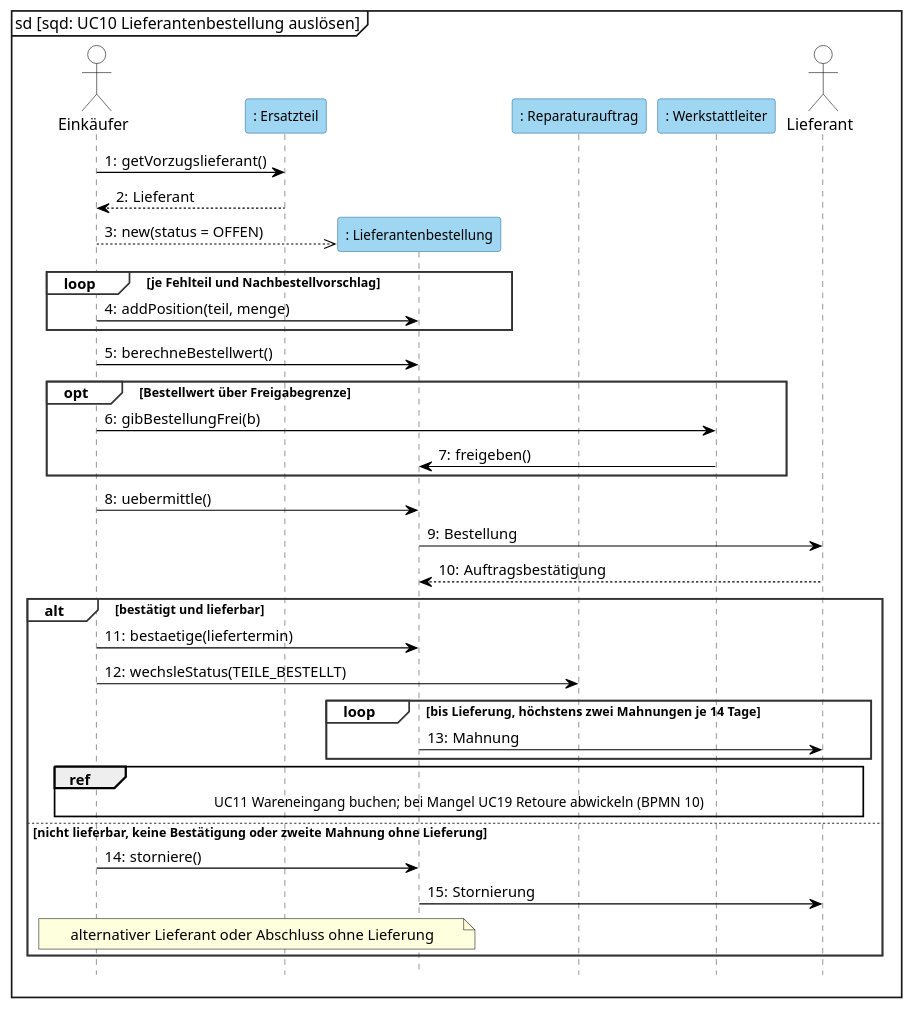
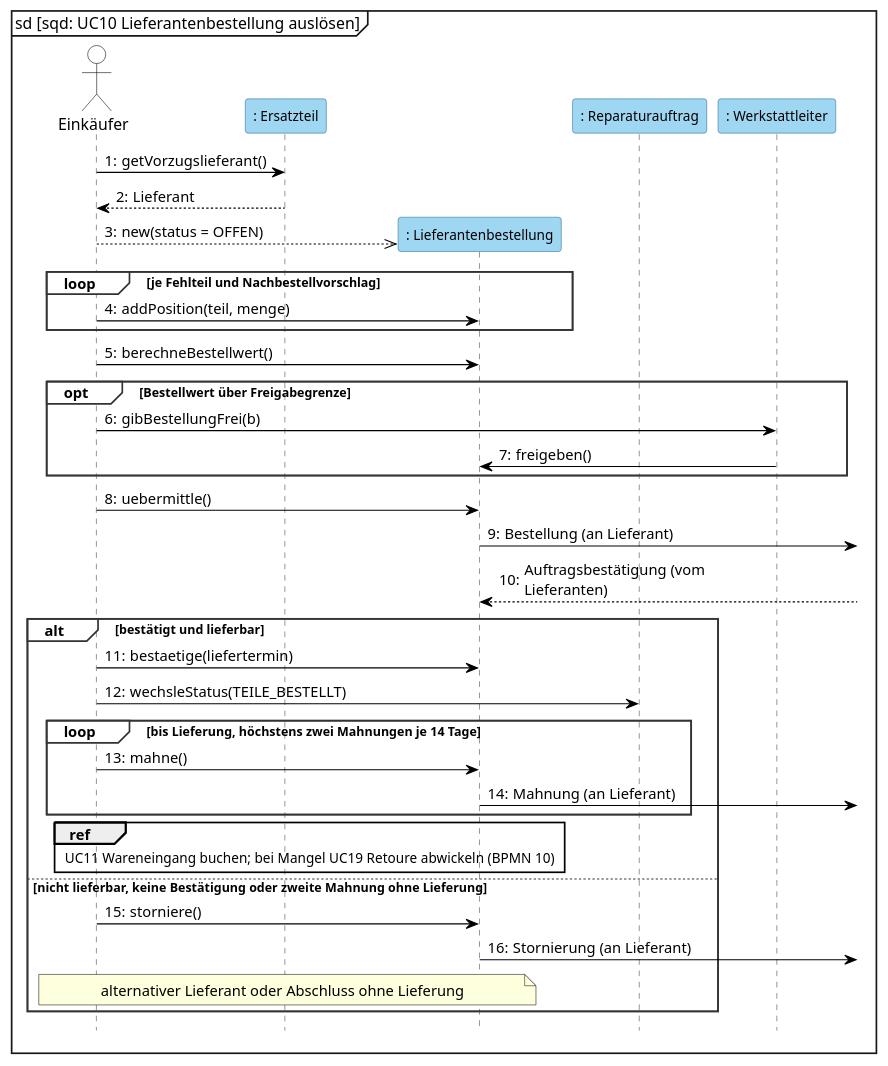
Before and after one commit to jakobschwan123-cmd/casestudy-semester-3: the diagram in 2_uml/entwurf-plantuml/sequenz-06-nachbestellvorschlag.puml, drawn with PlantUML. The commit also changed 2 other files, not shown here.

Commit message:
[T05 2026-10-16] fix: supplier as black box via gates in SD6 (E-24)
Der Lieferant ist seit E-24 kein Akteur mehr. SD6 schickt Bestellung,
Mahnung und Stornierung ueber Gates an den Rahmen, die
Auftragsbestaetigung kommt ueber ein Gate herein; Mahnung ueber mahne()
der Lieferantenbestellung (E-29). Vermerk in E-28.

Claude-Session: https://claude.ai/code/session_01H2bGsFaySUqsEjJ1PXuxUw

```diff
--- a/2_uml/entwurf-plantuml/sequenz-06-nachbestellvorschlag.puml
+++ b/2_uml/entwurf-plantuml/sequenz-06-nachbestellvorschlag.puml
@@ -1,59 +1,60 @@
 @startuml
 ' BPMN: p06-ersatzteilbestellung.bpmn. Kernablauf: bündeln, freigeben, bestellen, bestätigen oder stornieren, höchstens zwei Mahnungen (E-22, E-27).
+' Lieferant ist Black Box ohne Systemzugang (E-24): kein Akteur, Nachrichten an ihn gehen über Gates am Rahmen.
 ' Darstellung wie in Visual Paradigm: Objekterzeugung als gestrichelter Pfeil auf den Kopfkasten (Kasten sitzt auf Nachrichtenhöhe, VL 6 Folie 5-70), kein <<create>>-Text.
 mainframe sd [sqd: UC10 Lieferantenbestellung auslösen]
 skinparam defaultFontName Arial
 skinparam sequenceMessageAlign left
 skinparam maxMessageSize 170
 skinparam shadowing false
 skinparam sequence {
   ParticipantBackgroundColor #9FD6F2
   ParticipantBorderColor #2E6E99
   ParticipantFontSize 12
   ActorBackgroundColor white
   ActorBorderColor black
   LifeLineBorderColor #444444
   LifeLineBackgroundColor #9FD6F2
   GroupBorderColor #333333
   GroupBackgroundColor white
   GroupHeaderFontStyle bold
   ArrowColor black
 }
 hide footbox
 autonumber "0:"
 
 actor "Einkäufer" as E
 participant ": Ersatzteil" as ET
 participant ": Lieferantenbestellung" as BEST
 participant ": Reparaturauftrag" as RA
 participant ": Werkstattleiter" as WL
-actor Lieferant
 
 E -> ET : getVorzugslieferant()
 ET --> E : Lieferant
 create BEST
 E -->> BEST : new(status = OFFEN)
 loop je Fehlteil und Nachbestellvorschlag
     E -> BEST : addPosition(teil, menge)
 end
 E -> BEST : berechneBestellwert()
 opt Bestellwert über Freigabegrenze
     E -> WL : gibBestellungFrei(b)
     WL -> BEST : freigeben()
 end
 E -> BEST : uebermittle()
-BEST -> Lieferant : Bestellung
-Lieferant --> BEST : Auftragsbestätigung
+BEST ->] : Bestellung (an Lieferant)
+BEST <--] : Auftragsbestätigung (vom Lieferanten)
 alt bestätigt und lieferbar
     E -> BEST : bestaetige(liefertermin)
     E -> RA : wechsleStatus(TEILE_BESTELLT)
     loop bis Lieferung, höchstens zwei Mahnungen je 14 Tage
-        BEST -> Lieferant : Mahnung
+        E -> BEST : mahne()
+        BEST ->] : Mahnung (an Lieferant)
     end
-    ref over E, BEST, Lieferant : UC11 Wareneingang buchen; bei Mangel UC19 Retoure abwickeln (BPMN 10)
+    ref over E, BEST : UC11 Wareneingang buchen; bei Mangel UC19 Retoure abwickeln (BPMN 10)
 else nicht lieferbar, keine Bestätigung oder zweite Mahnung ohne Lieferung
     E -> BEST : storniere()
-    BEST -> Lieferant : Stornierung
+    BEST ->] : Stornierung (an Lieferant)
     note over E, BEST : alternativer Lieferant oder Abschluss ohne Lieferung
 end
 @enduml
```
